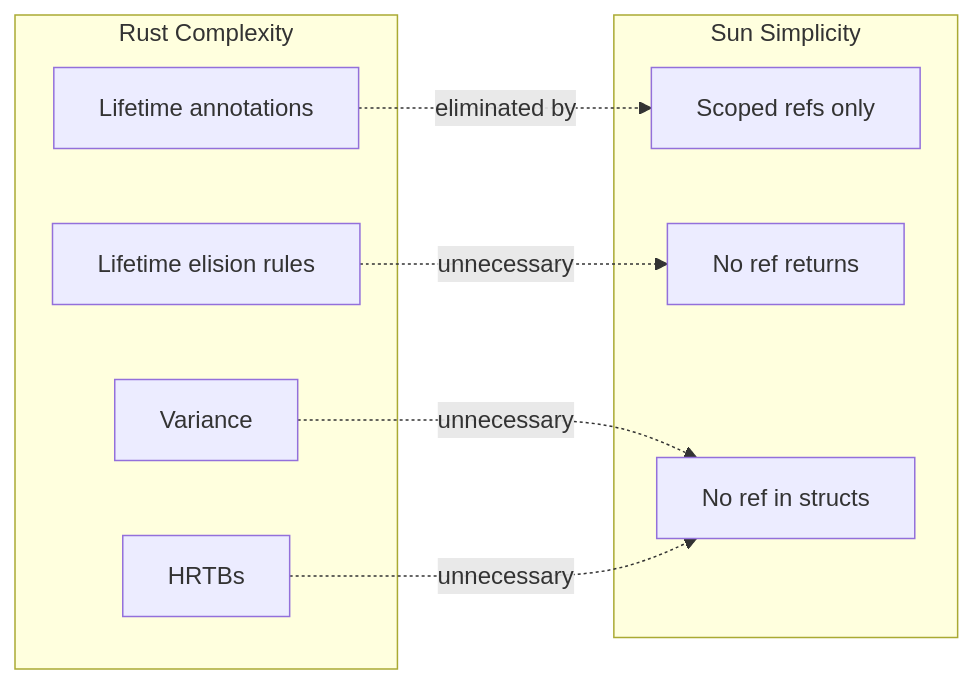
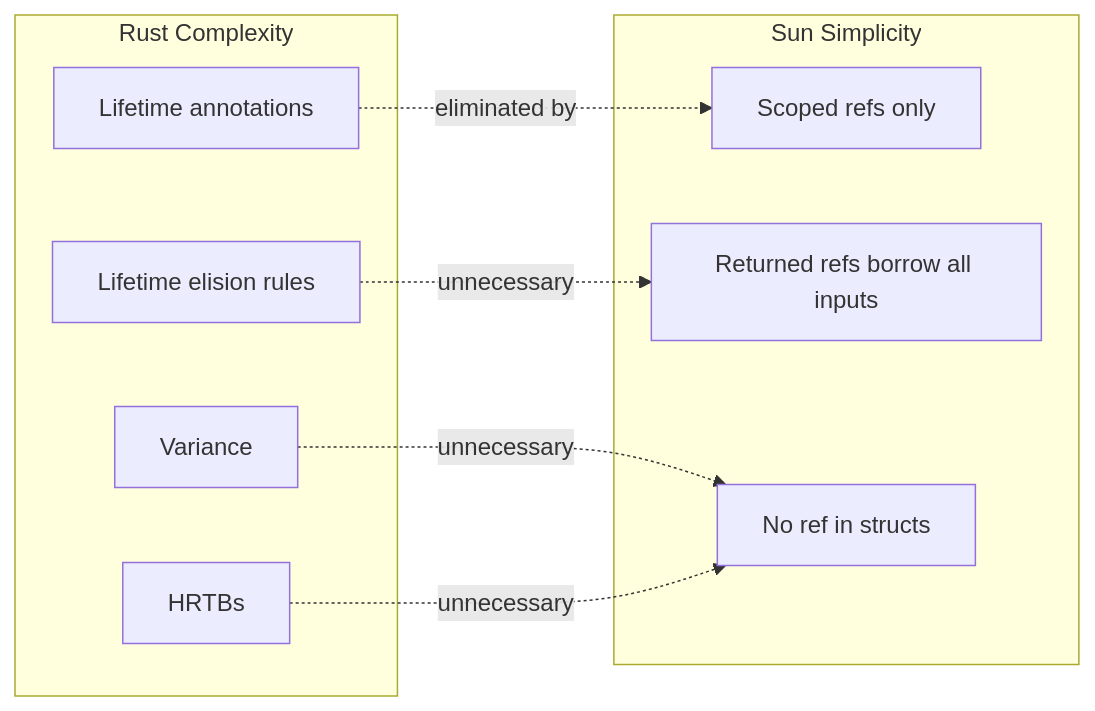
One commit to namo-robotics/sun changed the sixth of 6 diagrams in docs/pages/ownership.mdx. Above: the diagram before and after it, drawn with Mermaid. The commit also changed other lines of this file and 9 other files, not shown here.

````diff
--- a/docs/pages/ownership.mdx
+++ b/docs/pages/ownership.mdx
@@ -757,20 +801,20 @@
 ```mermaid
 flowchart LR
     subgraph "Rust Complexity"
         R1[Lifetime annotations]
         R2[Lifetime elision rules]
         R3[Variance]
         R4[HRTBs]
     end
     
     subgraph "Sun Simplicity"
         S1[Scoped refs only]
-        S2[No ref returns]
+        S2[Returned refs borrow all inputs]
         S3[No ref in structs]
     end
     
     R1 -.->|eliminated by| S1
     R2 -.->|unnecessary| S2
     R3 -.->|unnecessary| S3
     R4 -.->|unnecessary| S3
 ```
````
